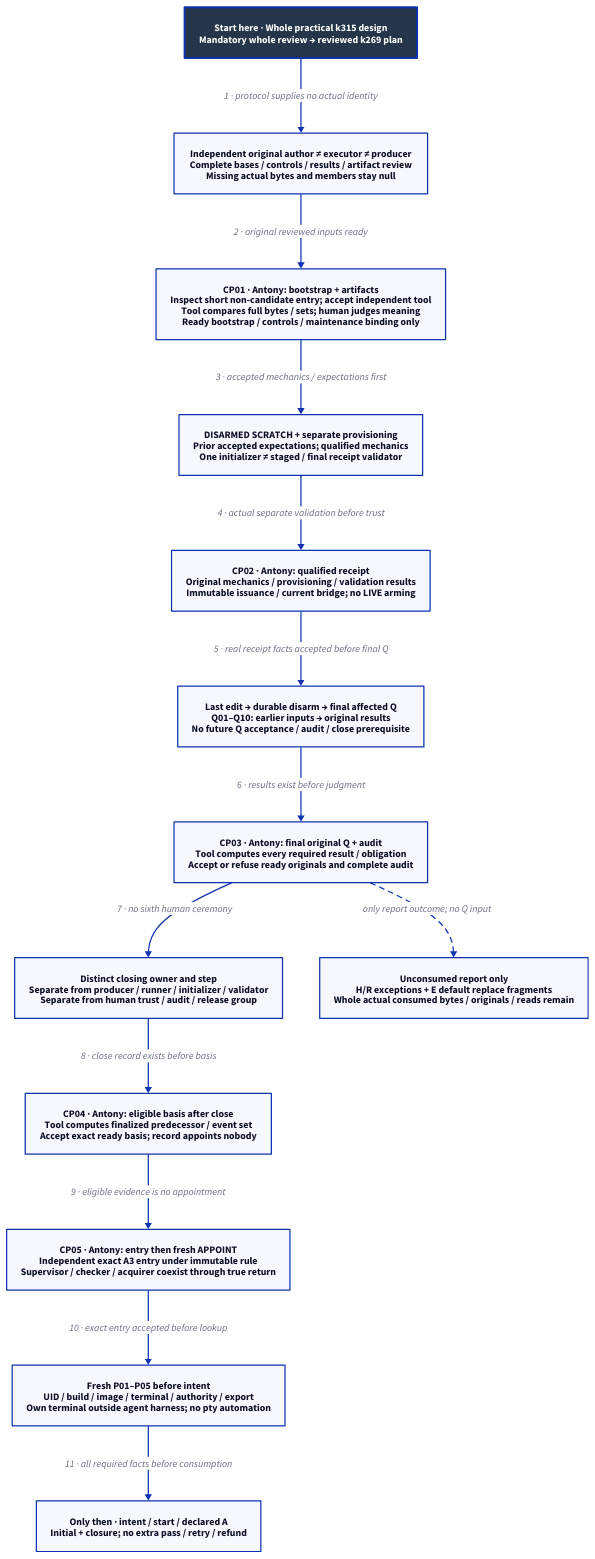
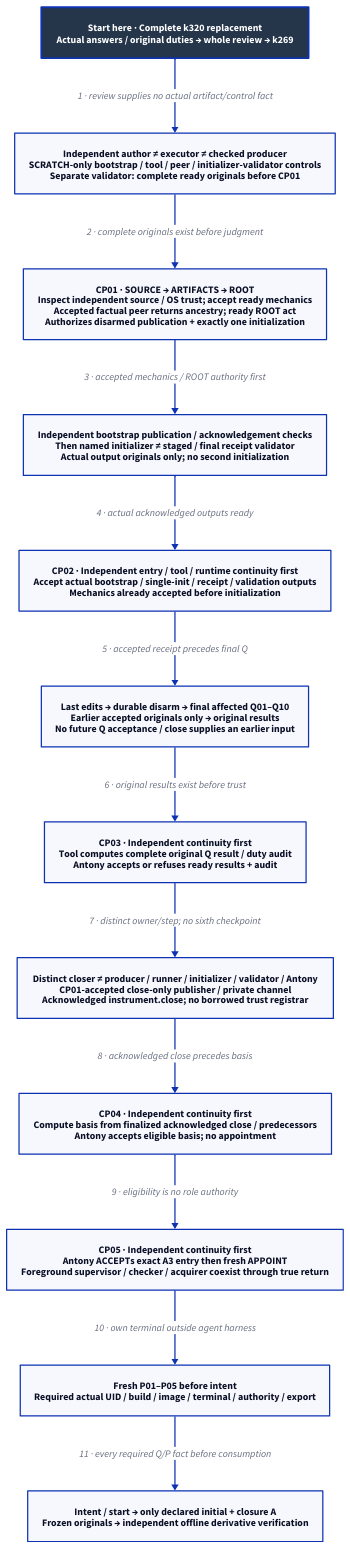
One commit to Linkuistics/Koine changed the diagram in docs/design/architecture/native-reference-proof.d2. Above: the diagram before and after it, drawn with D2. The commit also changed 49 other files, not shown here.

Commit message:
Repair coherent practical reference admission (reference-evidence-practical-admission-k320)

```diff
--- a/docs/design/architecture/native-reference-proof.d2
+++ b/docs/design/architecture/native-reference-proof.d2
@@ -1,30 +1,28 @@
-# Five-checkpoint practical admission proposal; no tool/authority/qualification supplied.
+# Coherent k320 proposal; whole review and actual independent qualification remain due.
 direction: down
 classes: {
   start: {style: {fill: "#25364B"; font-color: "#FFFFFF"; bold: true; stroke-width: 3}}
 }
-Start: "Start here · Whole practical k315 design\nMandatory whole review → reviewed k269 plan" {class: start}
-Originals: "Independent original author ≠ executor ≠ producer\nComplete bases / controls / results / artifact review\nMissing actual bytes and members stay null"
-CP01: "CP01 · Antony: bootstrap + artifacts\nInspect short non-candidate entry; accept independent tool\nTool compares full bytes / sets; human judges meaning\nReady bootstrap / controls / maintenance binding only"
-Mechanics: "DISARMED SCRATCH + separate provisioning\nPrior accepted expectations; qualified mechanics\nOne initializer ≠ staged / final receipt validator"
-CP02: "CP02 · Antony: qualified receipt\nOriginal mechanics / provisioning / validation results\nImmutable issuance / current bridge; no LIVE arming"
-Q: "Last edit → durable disarm → final affected Q\nQ01–Q10: earlier inputs → original results\nNo future Q acceptance / audit / close prerequisite"
-CP03: "CP03 · Antony: final original Q + audit\nTool computes every required result / obligation\nAccept or refuse ready originals and complete audit"
-Close: "Distinct closing owner and step\nSeparate from producer / runner / initializer / validator\nSeparate from human trust / audit / release group"
-CP04: "CP04 · Antony: eligible basis after close\nTool computes finalized predecessor / event set\nAccept exact ready basis; record appoints nobody"
-CP05: "CP05 · Antony: entry then fresh APPOINT\nIndependent exact A3 entry under immutable rule\nSupervisor / checker / acquirer coexist through true return"
-P: "Fresh P01–P05 before intent\nUID / build / image / terminal / authority / export\nOwn terminal outside agent harness; no pty automation"
-A: "Only then · intent / start / declared A\nInitial + closure; no extra pass / retry / refund"
-Report: "Unconsumed report only\nH/R exceptions + E default replace fragments\nWhole actual consumed bytes / originals / reads remain"
-Start -> Originals: "1 · protocol supplies no actual identity"
-Originals -> CP01: "2 · original reviewed inputs ready"
-CP01 -> Mechanics: "3 · accepted mechanics / expectations first"
-Mechanics -> CP02: "4 · actual separate validation before trust"
-CP02 -> Q: "5 · real receipt facts accepted before final Q"
-Q -> CP03: "6 · results exist before judgment"
-CP03 -> Close: "7 · no sixth human ceremony"
-Close -> CP04: "8 · close record exists before basis"
-CP04 -> CP05: "9 · eligible evidence is no appointment"
-CP05 -> P: "10 · exact entry accepted before lookup"
-P -> A: "11 · all required facts before consumption"
-CP03 -> Report: "only report outcome; no Q input" {style.stroke-dash: 4}
+Start: "Start here · Complete k320 replacement\nActual answers / original duties → whole review → k269" {class: start}
+Prepare: "Independent author ≠ executor ≠ checked producer\nSCRATCH-only bootstrap / tool / peer / initializer-validator controls\nSeparate validator: complete ready originals before CP01"
+CP01: "CP01 · SOURCE → ARTIFACTS → ROOT\nInspect independent source / OS trust; accept ready mechanics\nAccepted factual peer returns ancestry; ready ROOT act\nAuthorizes disarmed publication + exactly one initialization"
+Initialize: "Independent bootstrap publication / acknowledgement checks\nThen named initializer ≠ staged / final receipt validator\nActual output originals only; no second initialization"
+CP02: "CP02 · Independent entry / tool / runtime continuity first\nAccept actual bootstrap / single-init / receipt / validation outputs\nMechanics already accepted before initialization"
+Q: "Last edits → durable disarm → final affected Q01–Q10\nEarlier accepted originals only → original results\nNo future Q acceptance / close supplies an earlier input"
+CP03: "CP03 · Independent continuity first\nTool computes complete original Q result / duty audit\nAntony accepts or refuses ready results + audit"
+Close: "Distinct closer ≠ producer / runner / initializer / validator / Antony\nCP01-accepted close-only publisher / private channel\nAcknowledged instrument.close; no borrowed trust registrar"
+CP04: "CP04 · Independent continuity first\nCompute basis from finalized acknowledged close / predecessors\nAntony accepts eligible basis; no appointment"
+CP05: "CP05 · Independent continuity first\nAntony ACCEPTs exact A3 entry then fresh APPOINT\nForeground supervisor / checker / acquirer coexist through true return"
+P: "Fresh P01–P05 before intent\nRequired actual UID / build / image / terminal / authority / export"
+A: "Intent / start → only declared initial + closure A\nFrozen originals → independent offline derivative verification"
+Start -> Prepare: "1 · review supplies no actual artifact/control fact"
+Prepare -> CP01: "2 · complete originals exist before judgment"
+CP01 -> Initialize: "3 · accepted mechanics / ROOT authority first"
+Initialize -> CP02: "4 · actual acknowledged outputs ready"
+CP02 -> Q: "5 · accepted receipt precedes final Q"
+Q -> CP03: "6 · original results exist before trust"
+CP03 -> Close: "7 · distinct owner/step; no sixth checkpoint"
+Close -> CP04: "8 · acknowledged close precedes basis"
+CP04 -> CP05: "9 · eligibility is no role authority"
+CP05 -> P: "10 · own terminal outside agent harness"
+P -> A: "11 · every required Q/P fact before consumption"
```
